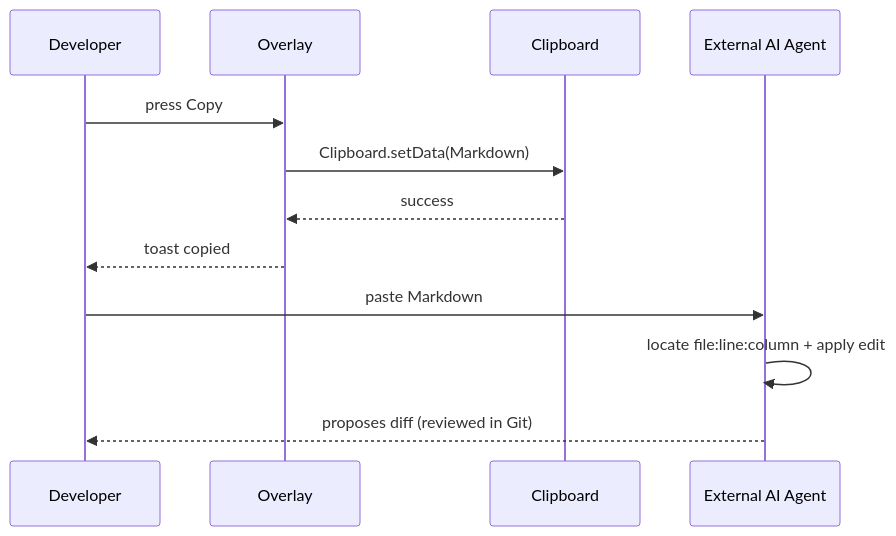
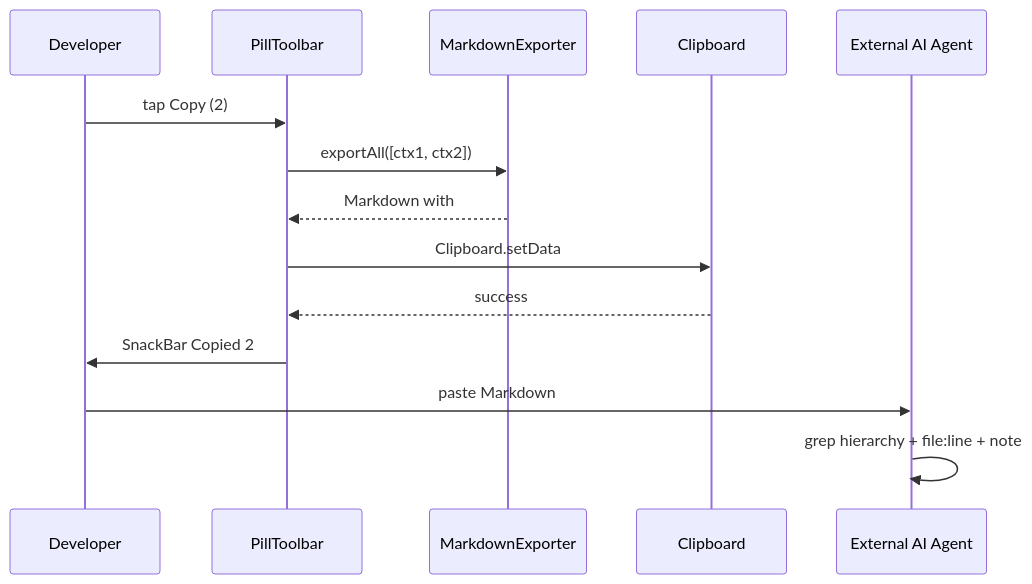
Before and after one commit to aditya452007/Flutter_Agentation: the ninth of 9 diagrams in context/flow.md, drawn with Mermaid. The commit also changed other lines of this file and 7 other files, not shown here.

````diff
--- a/context/flow.md
+++ b/context/flow.md
@@ -157,15 +177,16 @@
 ```mermaid
 sequenceDiagram
     participant U as Developer
-    participant O as Overlay
-    participant CB as Clipboard
+    participant P as PillToolbar
+    participant E as MarkdownExporter
+    participant C as Clipboard
     participant A as External AI Agent
-
-    U->>O: press Copy
-    O->>CB: Clipboard.setData(Markdown)
-    CB-->>O: success
-    O-->>U: toast copied
+    U->>P: tap Copy (2)
+    P->>E: exportAll([ctx1, ctx2])
+    E-->>P: Markdown with ## Annotation 1 + ## Annotation 2
+    P->>C: Clipboard.setData
+    C-->>P: success
+    P->>U: SnackBar Copied 2
     U->>A: paste Markdown
-    A->>A: locate file:line:column + apply edit
-    A-->>U: proposes diff (reviewed in Git)
+    A->>A: grep hierarchy + file:line + note
 ```
````
